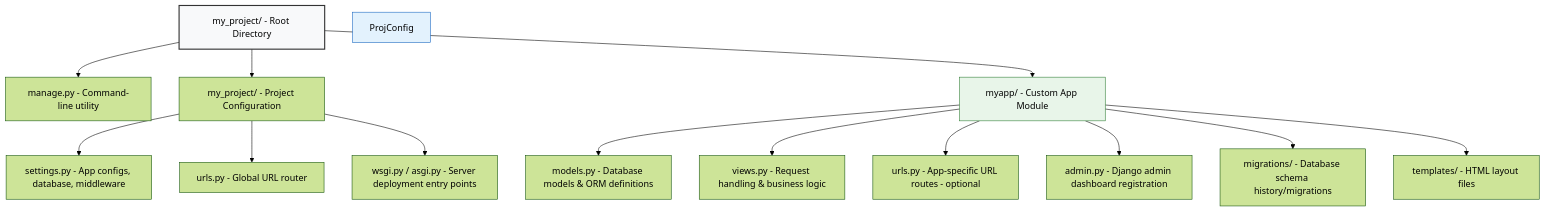
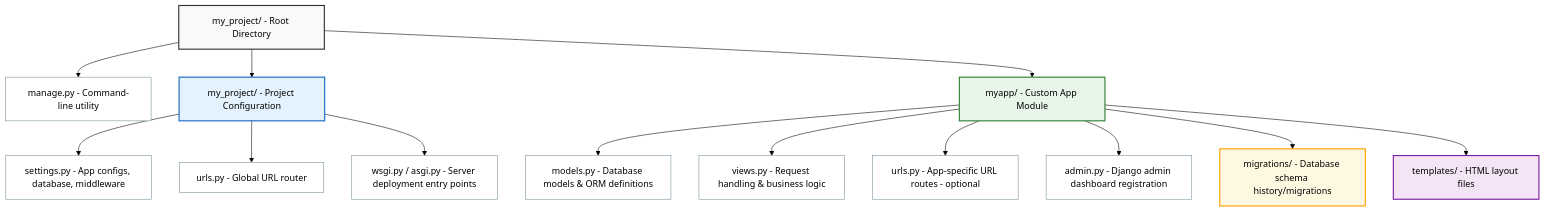
One commit to matt2ology/tech-journal-and-blog changed the third of 3 diagrams in synthesis/courses/django-6-the-big-picture/00-django-6-the-big-picture-synthesis.md. Above: the diagram before and after it, drawn with Mermaid (forest theme).

Commit message:
fix: improve flowchart styling for better clarity and organization

````diff
--- a/synthesis/courses/django-6-the-big-picture/00-django-6-the-big-picture-synthesis.md
+++ b/synthesis/courses/django-6-the-big-picture/00-django-6-the-big-picture-synthesis.md
@@ -92,40 +92,52 @@
 ```mermaid
 flowchart TD
     root[my_project/ - Root Directory]
     manage[manage.py - Command-line utility]
     projConfig[my_project/ - Project Configuration]
     appDir[myapp/ - Custom App Module]
 
     settings[settings.py - App configs, database, middleware]
     projURLs[urls.py - Global URL router]
     wsgi[wsgi.py / asgi.py - Server deployment entry points]
 
     models[models.py - Database models & ORM definitions]
     views[views.py - Request handling & business logic]
     appURLs[urls.py - App-specific URL routes - optional]
     admin[admin.py - Django admin dashboard registration]
     migrations[migrations/ - Database schema history/migrations]
     templates[templates/ - HTML layout files]
 
     root --> manage
     root --> projConfig
     root --> appDir
 
     %% Project Configuration Files
     projConfig --> settings
     projConfig --> projURLs
     projConfig --> wsgi
 
     %% App Files & Folders
     appDir --> models
     appDir --> views
     appDir --> appURLs
     appDir --> admin
     appDir --> migrations
     appDir --> templates
 
-    %% Styling for clarity
+    %% Styling for Folders, Migrations, Templates, and Files
     style root fill:#f8f9fa,stroke:#333,stroke-width:2px
-    style ProjConfig fill:#e3f2fd,stroke:#1565c0,stroke-width:1px
-    style appDir fill:#e8f5e9,stroke:#2e7d32,stroke-width:1px
+    style projConfig fill:#e3f2fd,stroke:#1565c0,stroke-width:2px
+    style appDir fill:#e8f5e9,stroke:#2e7d32,stroke-width:2px
+    style migrations fill:#fff8e1,stroke:#ffa000,stroke-width:2px
+    style templates fill:#f3e5f5,stroke:#7b1fa2,stroke-width:2px
+
+    %% File styling
+    style manage fill:#ffffff,stroke:#78909c,stroke-width:1px
+    style settings fill:#ffffff,stroke:#78909c,stroke-width:1px
+    style projURLs fill:#ffffff,stroke:#78909c,stroke-width:1px
+    style wsgi fill:#ffffff,stroke:#78909c,stroke-width:1px
+    style models fill:#ffffff,stroke:#78909c,stroke-width:1px
+    style views fill:#ffffff,stroke:#78909c,stroke-width:1px
+    style appURLs fill:#ffffff,stroke:#78909c,stroke-width:1px
+    style admin fill:#ffffff,stroke:#78909c,stroke-width:1px
 ```
````
